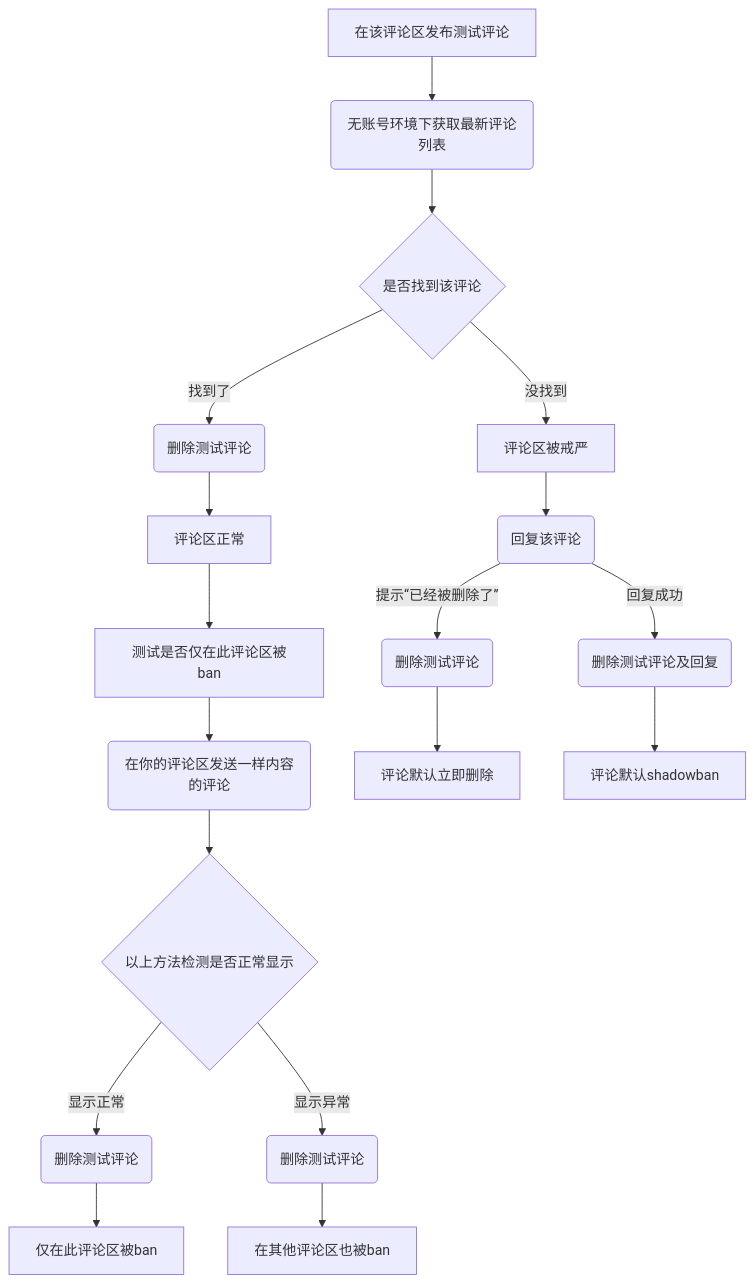
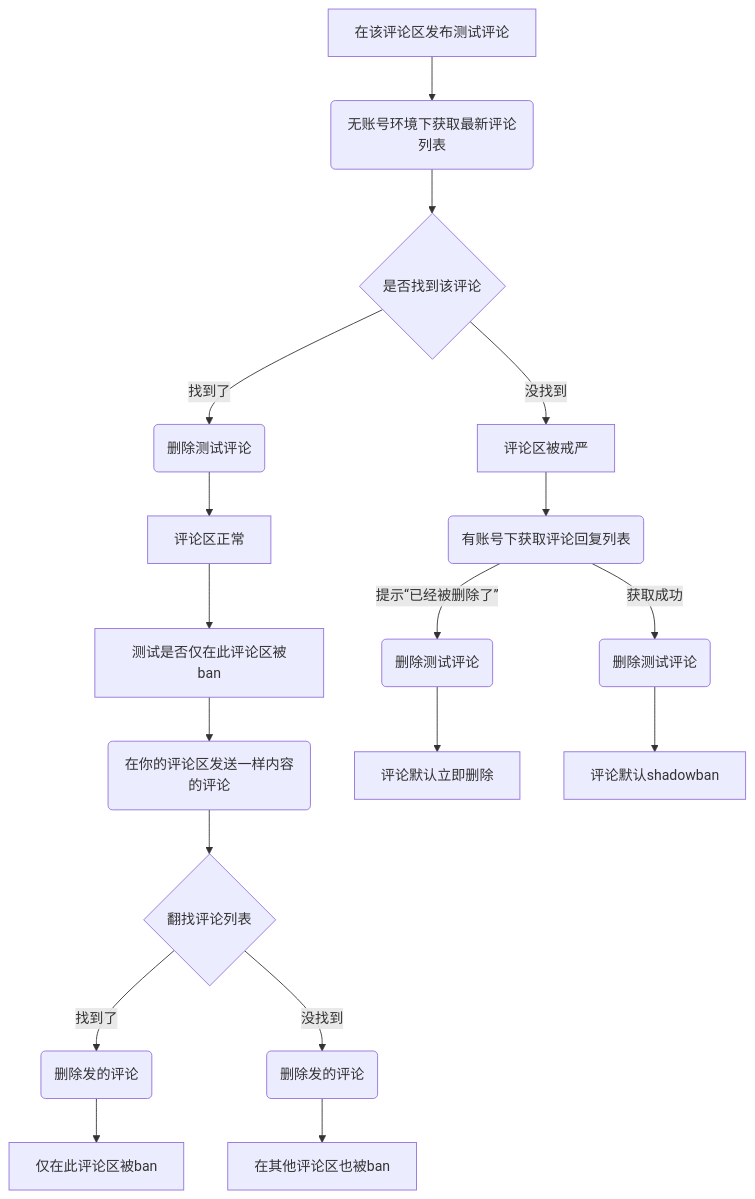
The third of 4 diagrams in README.md (boli0301/bili.libre.commit), drawn with Mermaid before and after one commit. The commit also changed 4 other files, not shown here.

````diff
--- a/README.md
+++ b/README.md
@@ -60,10 +60,10 @@
 ```mermaid
 graph TB
     A[在该评论区发布测试评论]  --> B(无账号环境下获取最新评论列表) --> C{是否找到该评论}
-    C --找到了--> Z(删除测试评论)--> D[评论区正常] --> J[测试是否仅在此评论区被ban] --> K(在你的评论区发送一样内容的评论) --> L{以上方法检测是否正常显示}
-    C --没找到--> E[评论区被戒严] --> F(回复该评论)
+    C --找到了--> Z(删除测试评论)--> D[评论区正常] --> J[测试是否仅在此评论区被ban] --> K(在你的评论区发送一样内容的评论) --> L{翻找评论列表}
+    C --没找到--> E[评论区被戒严] --> F(有账号下获取评论回复列表)
     F --"提示“已经被删除了”" --> AC(删除测试评论) --> G[评论默认立即删除]
-    F --回复成功--> H(删除测试评论及回复) --> Y[评论默认shadowban] 
-    L --显示正常--> AA(删除测试评论) --> X[仅在此评论区被ban] 
-    L --显示异常--> AB(删除测试评论) --> V[在其他评论区也被ban]
+    F --获取成功--> H(删除测试评论) --> Y[评论默认shadowban] 
+    L --找到了--> AA(删除发的评论)--> X[仅在此评论区被ban] 
+    L --没找到--> AB(删除发的评论) --> V[在其他评论区也被ban]
 ```
````
